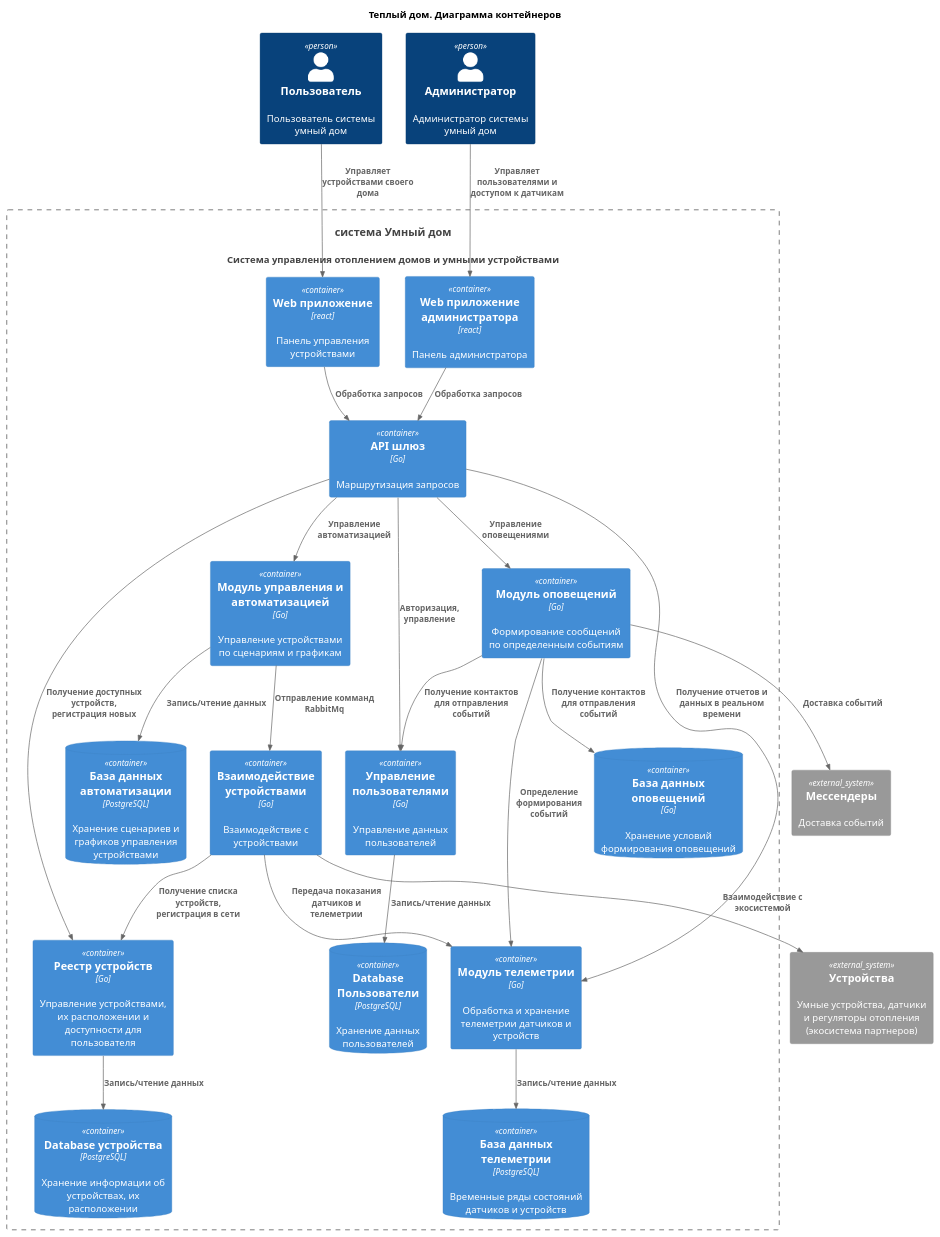
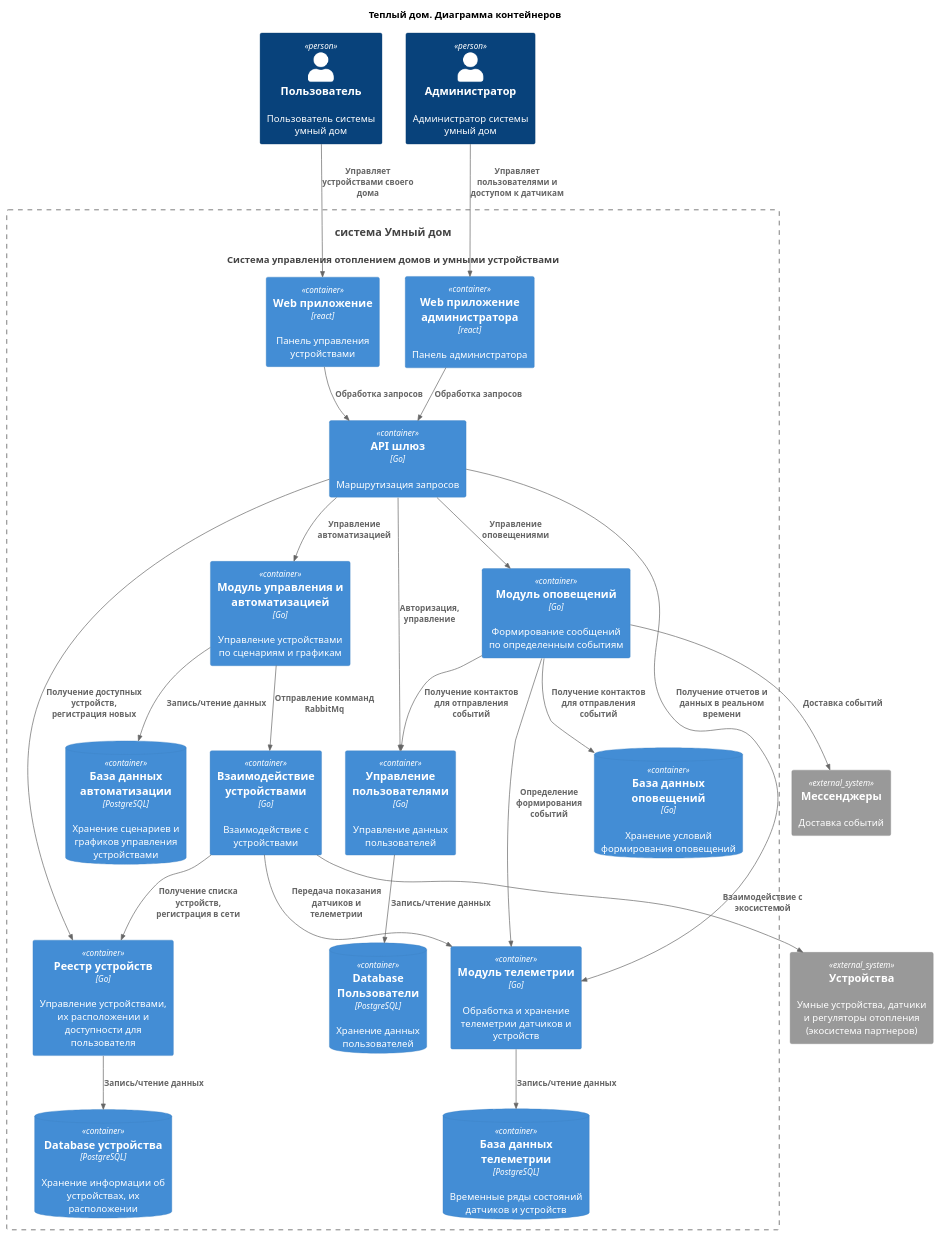
One commit to binaril/architecture-warmhouse changed the diagram in diagrams/C4.Containers.puml. Above: the diagram before and after it, drawn with PlantUML. The commit also changed 4 other files, not shown here.

```diff
--- a/diagrams/C4.Containers.puml
+++ b/diagrams/C4.Containers.puml
@@ -1,54 +1,54 @@
 @startuml
 title Теплый дом. Диаграмма контейнеров
 
 top to bottom direction
 
 !includeurl https://raw.githubusercontent.com/RicardoNiepel/C4-PlantUML/master/C4_Component.puml
 
 Person(user, "Пользователь", "Пользователь системы умный дом")
 Person(admin, "Администратор", "Администратор системы умный дом")
 System(SmartHouse, "система Умный дом", "Система управления отоплением домов и умными устройствами")
 
 Container_Boundary(SmartHouse, "FitLife System") {
   Container(WebApp, "Web приложение", "react", "Панель управления устройствами")
   Container(WebAppAdmin, "Web приложение администратора", "react", "Панель администратора")
   Container(GateWay, "API шлюз", "Go", "Маршрутизация запросов")
   Container(UserAccess, "Управление пользователями", "Go", "Управление данных пользователей")
   ContainerDb(UserAccessDb, "Database Пользователи", "PostgreSQL", "Хранение данных пользователей")
   Container(DeviceRepository, "Реестр устройств", "Go", "Управление устройствами, их расположении и доступности для пользователя")
   ContainerDb(DeviceRepositoryDb, "Database устройства", "PostgreSQL", "Хранение информации об устройствах, их расположении")
   Container(Automatic, "Модуль управления и автоматизацией", "Go", "Управление устройствами по сценариям и графикам")
   ContainerDb(AutomaticDb, "База данных автоматизации", "PostgreSQL", "Хранение сценариев и графиков управления устройствами")
   Container(Notification, "Модуль оповещений", "Go", "Формирование сообщений по определенным событиям")
   ContainerDb(NotificationDb, "База данных оповещений", "Go", "Хранение условий формирования оповещений")
   Container(Telemetry, "Модуль телеметрии", "Go", "Обработка и хранение телеметрии датчиков и устройств")
   ContainerDb(TelemetryDatabase, "База данных телеметрии", "PostgreSQL", "Временные ряды состояний датчиков и устройств")
   Container(DeviceControl, "Взаимодействие устройствами", "Go", "Взаимодействие с устройствами")    
 }
 
 System_Ext(SmartDevice, "Устройства", "Умные устройства, датчики и регуляторы отопления (экосистема партнеров)")
-System_Ext(Messengers, "Мессендеры", "Доставка событий")
+System_Ext(Messengers, "Мессенджеры", "Доставка событий")
 
 Rel(user, WebApp, "Управляет устройствами своего дома")
 Rel(admin, WebAppAdmin,"Управляет пользователями и доступом к датчикам")
 Rel(WebApp, GateWay, "Обработка запросов")
 Rel(WebAppAdmin, GateWay, "Обработка запросов")
 Rel(GateWay, UserAccess, "Авторизация, управление")
 Rel(GateWay, Telemetry, "Получение отчетов и данных в реальном времени")
 Rel(GateWay, Automatic, "Управление автоматизацией")
 Rel(GateWay, Notification, "Управление оповещениями")
 Rel(GateWay, DeviceRepository, "Получение доступных устройств, регистрация новых")
 Rel(UserAccess, UserAccessDb, "Запись/чтение данных")
 Rel(Telemetry,TelemetryDatabase,"Запись/чтение данных")
 Rel(Automatic, AutomaticDb, "Запись/чтение данных")
 Rel(Automatic, DeviceControl, "Отправление комманд RabbitMq")
 Rel(Notification, Telemetry, "Определение формирования событий")
 Rel(Notification, Messengers, "Доставка событий")
 Rel(Notification, UserAccess, "Получение контактов для отправления событий")
 Rel(Notification, NotificationDb, "Получение контактов для отправления событий")
 Rel(DeviceControl, DeviceRepository, "Получение списка устройств, регистрация в сети")
 Rel(DeviceControl, Telemetry, "Передача показания датчиков и телеметрии")
 Rel(DeviceControl,SmartDevice,"Взаимодействие с экосистемой")
 Rel(DeviceRepository, DeviceRepositoryDb, "Запись/чтение данных")
 
 @enduml
```
